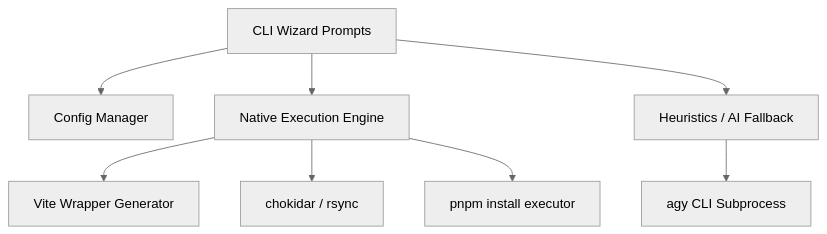
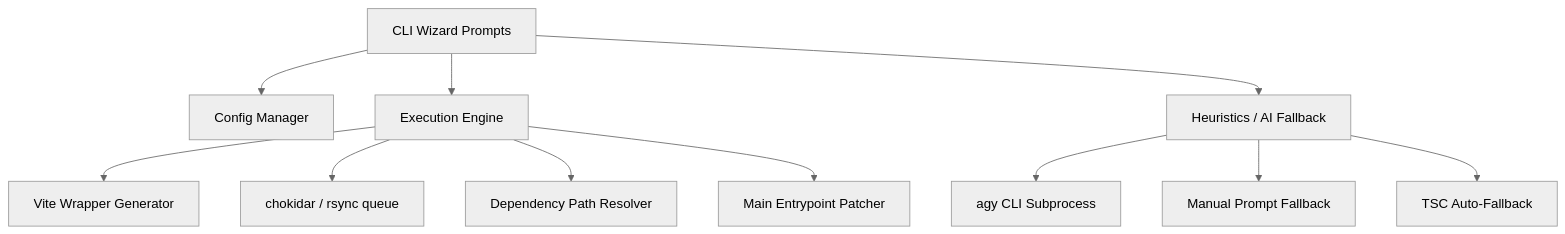
The diagram in DOCS/implementation_plan.md (JorgeRojo/NodePi-tui), drawn with Mermaid (neutral theme) before and after one commit. The commit also changed other lines of this file and 8 other files, not shown here.

````diff
--- a/DOCS/implementation_plan.md
+++ b/DOCS/implementation_plan.md
@@ -34,12 +57,15 @@
 ```mermaid
 graph TD
     CLI[CLI Wizard Prompts] --> ConfigMgr[Config Manager]
-    CLI --> ExecutionEngine[Native Execution Engine]
+    CLI --> ExecutionEngine[Execution Engine]
     CLI --> Heuristics[Heuristics / AI Fallback]
 
     Heuristics --> Agy[agy CLI Subprocess]
+    Heuristics --> ManualFallback[Manual Prompt Fallback]
+    Heuristics --> TscFallback[TSC Auto-Fallback]
 
     ExecutionEngine --> ViteWrapper[Vite Wrapper Generator]
-    ExecutionEngine --> Watchers[chokidar / rsync]
-    ExecutionEngine --> PM[pnpm install executor]
+    ExecutionEngine --> Watchers[chokidar / rsync queue]
+    ExecutionEngine --> PathResolver[Dependency Path Resolver]
+    ExecutionEngine --> EntrypointPatcher[Main Entrypoint Patcher]
 ```
````
